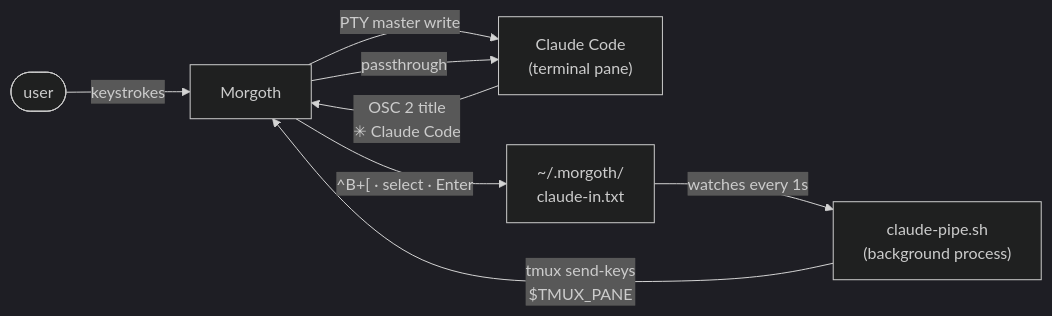
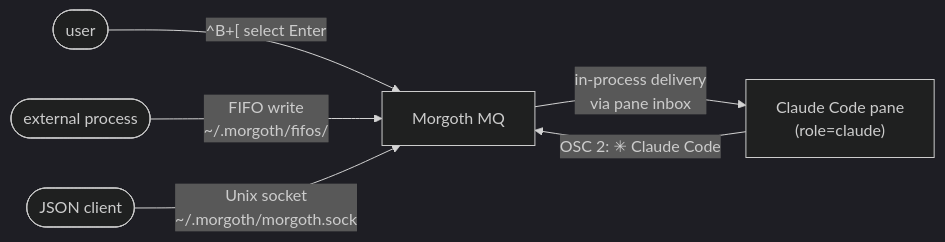
One commit to LightspeedDMS/morgoth changed the diagram in README.md. Above: the diagram before and after it, drawn with Mermaid (dark theme). The commit also changed other lines of this file and 29 other files, not shown here.

First line of the commit message:
feat(phase-25): replace claude-in.txt IPC with per-pane message queue

````diff
--- a/README.md
+++ b/README.md
@@ -170,11 +170,9 @@
 ```mermaid
 flowchart LR
-    U([user]) -->|keystrokes| M[Morgoth]
-    M -->|PTY master write| CC["Claude Code\n(terminal pane)"]
-    CC -->|"OSC 2 title\n✳ Claude Code"| M
+    U([user]) -->|"^B+[ select Enter"| M[Morgoth MQ]
+    CC["Claude Code pane\n(role=claude)"] -->|"OSC 2: ✳ Claude Code"| M
+    M -->|"in-process delivery\nvia pane inbox"| CC
 
-    M -->|"^B+[ · select · Enter"| F["~/.morgoth/\nclaude-in.txt"]
-    F -->|"watches every 1s"| P["claude-pipe.sh\n(background process)"]
-    P -->|"tmux send-keys\n$TMUX_PANE"| M
-    M -->|passthrough| CC
+    EXT([external process]) -->|"FIFO write\n~/.morgoth/fifos/<uuid>"| M
+    EXT2([JSON client]) -->|"Unix socket\n~/.morgoth/morgoth.sock"| M
 ```
````
